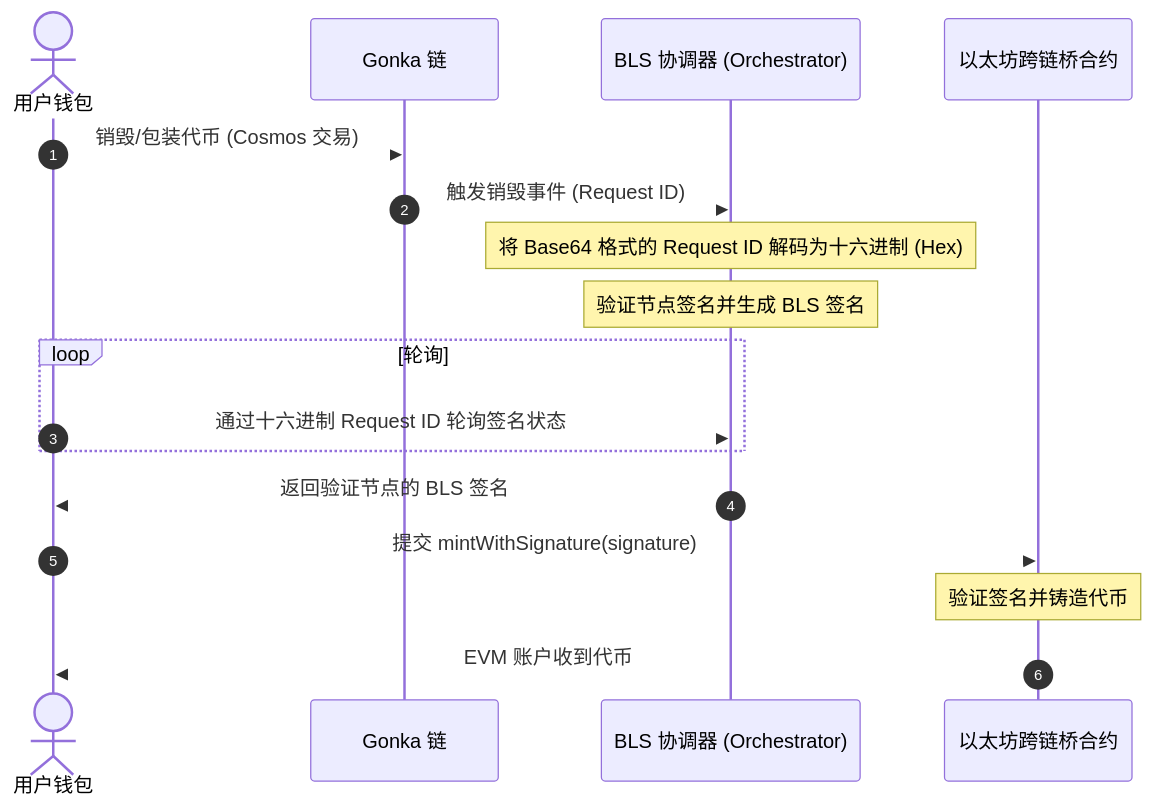
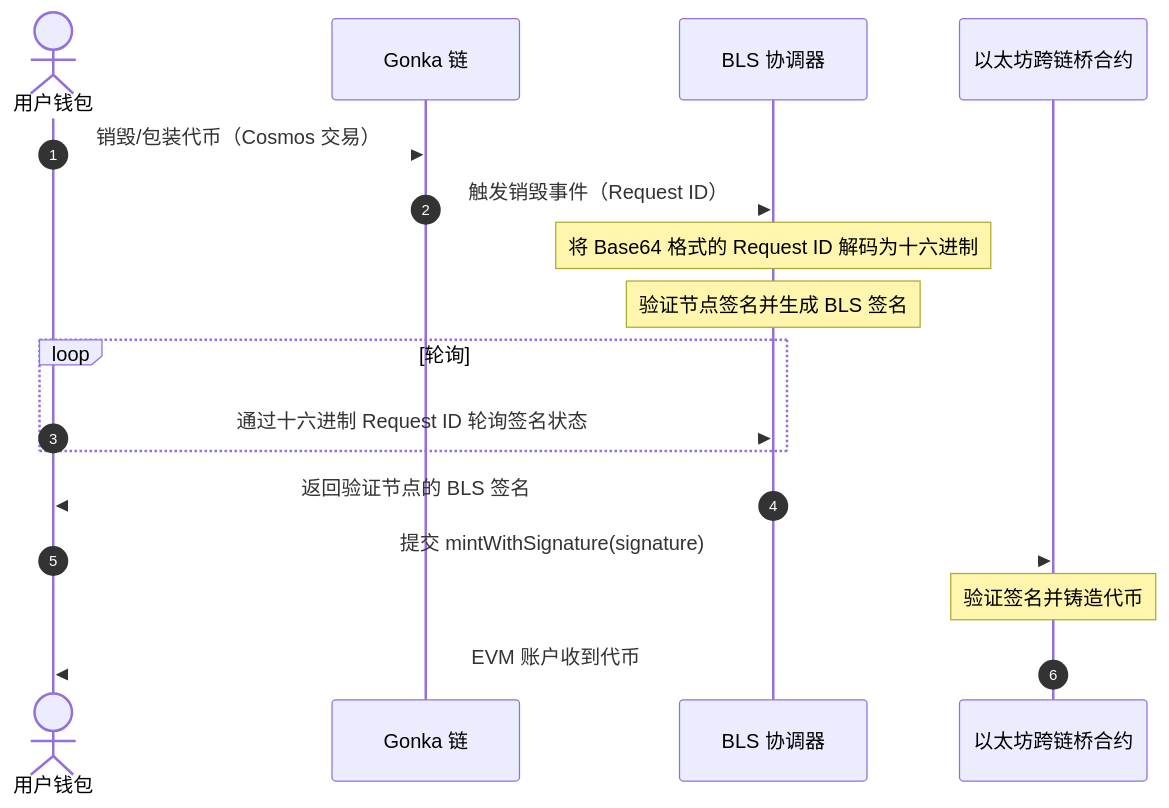
Before and after one commit to gonka-ai/gonka-docs: the second of 2 diagrams in docs/zh/cross-chain-transfers/widget-integration.md, drawn with Mermaid. The commit also changed other lines of this file and 15 other files, not shown here.

````diff
--- a/docs/zh/cross-chain-transfers/widget-integration.md
+++ b/docs/zh/cross-chain-transfers/widget-integration.md
@@ -34,23 +34,23 @@
 ```mermaid
 %%{init: { 'themeVariables': { 'signalColor': 'var(--md-default-fg-color)', 'signalTextColor': 'var(--md-default-fg-color)' } } }%%
 sequenceDiagram
     autonumber
     actor User as 用户钱包
     participant Gonka as Gonka 链
-    participant Orch as BLS 协调器 (Orchestrator)
+    participant Orch as BLS 协调器
     participant EthBridge as 以太坊跨链桥合约
 
-    User->>Gonka: 销毁/包装代币 (Cosmos 交易)
-    Gonka-->>Orch: 触发销毁事件 (Request ID)
-    Note over Orch: 将 Base64 格式的 Request ID 解码为十六进制 (Hex)
+    User->>Gonka: 销毁/包装代币（Cosmos 交易）
+    Gonka-->>Orch: 触发销毁事件（Request ID）
+    Note over Orch: 将 Base64 格式的 Request ID 解码为十六进制
     Note over Orch: 验证节点签名并生成 BLS 签名
     
     loop 轮询
         User->>Orch: 通过十六进制 Request ID 轮询签名状态
     end
     Orch-->>User: 返回验证节点的 BLS 签名
     
     User->>EthBridge: 提交 mintWithSignature(signature)
     Note over EthBridge: 验证签名并铸造代币
     EthBridge-->>User: EVM 账户收到代币
 ```
````
